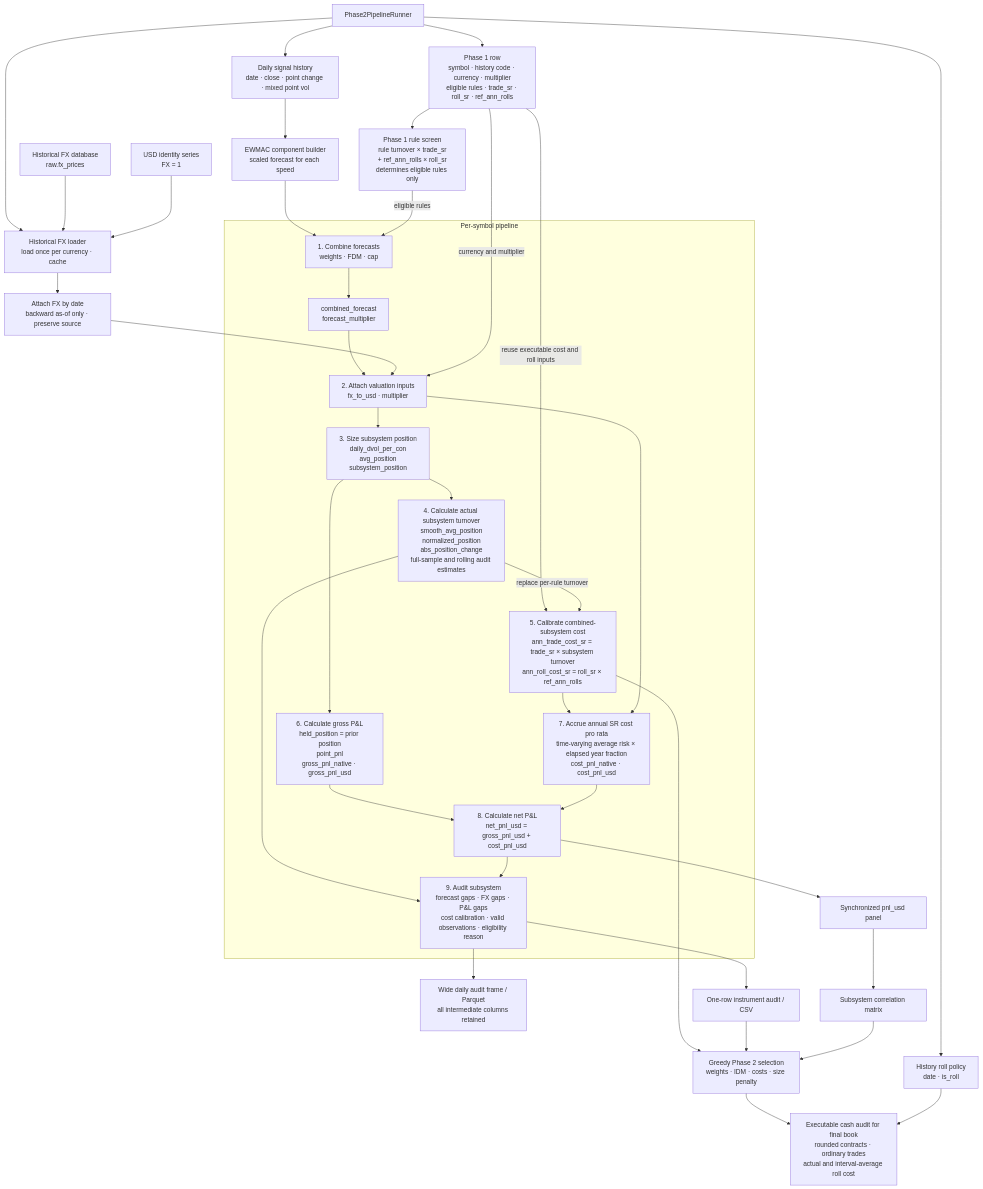
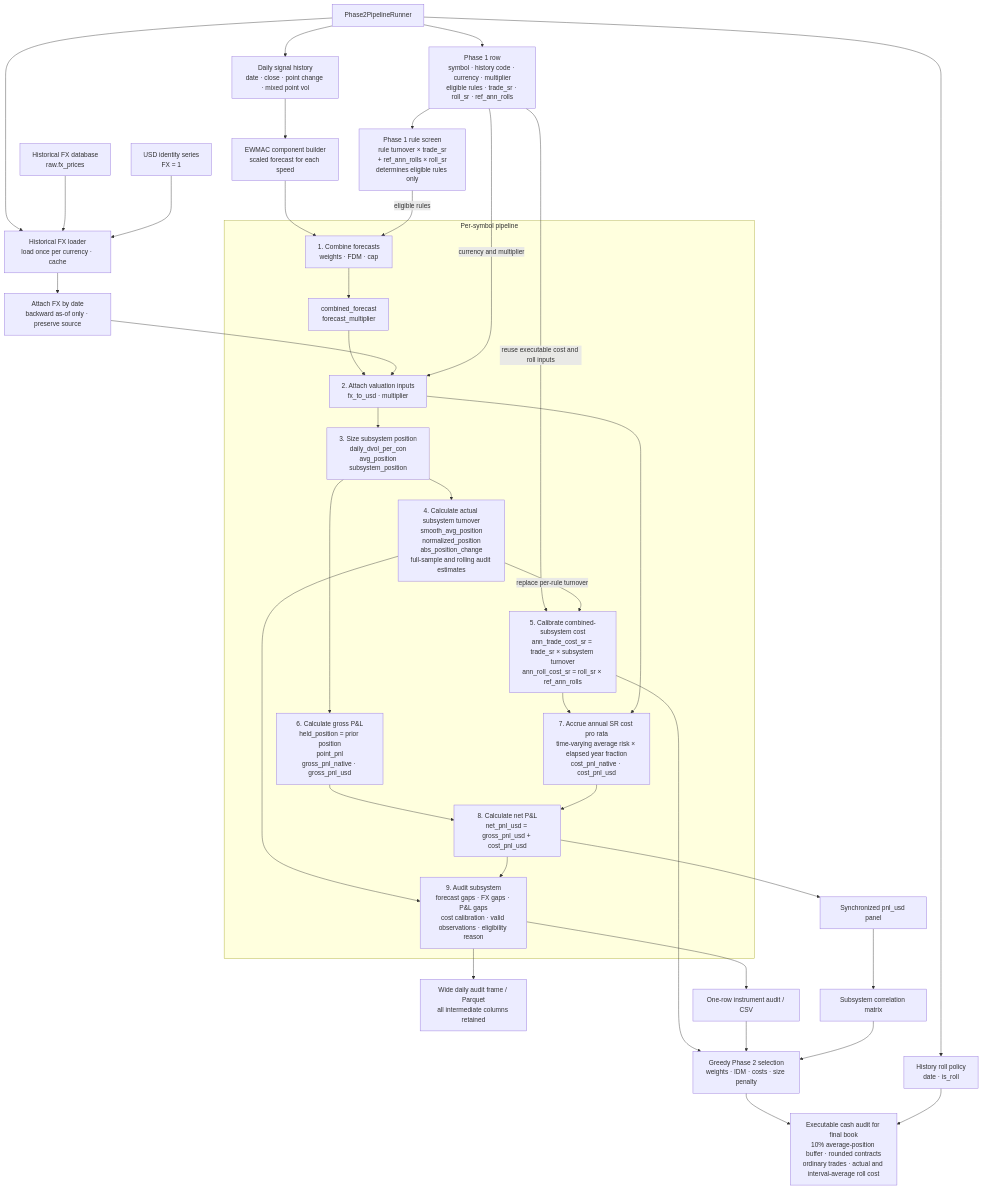
Before and after one commit to ericlief/derivatives-bt-engine: the diagram in research/pysystemtrade-instrument-selection.md, drawn with Mermaid. The commit also changed other lines of this file and 6 other files, not shown here.

```diff
--- a/research/pysystemtrade-instrument-selection.md
+++ b/research/pysystemtrade-instrument-selection.md
@@ -620,7 +620,7 @@
     ReturnPanel["Synchronized pnl_usd panel"]
     Correlation["Subsystem correlation matrix"]
     Selection["Greedy Phase 2 selection<br/>weights · IDM · costs · size penalty"]
-    CashPnL["Executable cash audit for final book<br/>rounded contracts · ordinary trades<br/>actual and interval-average roll cost"]
+    CashPnL["Executable cash audit for final book<br/>10% average-position buffer · rounded contracts<br/>ordinary trades · actual and interval-average roll cost"]
 
     Runner --> Phase1
     Runner --> Prices
```
